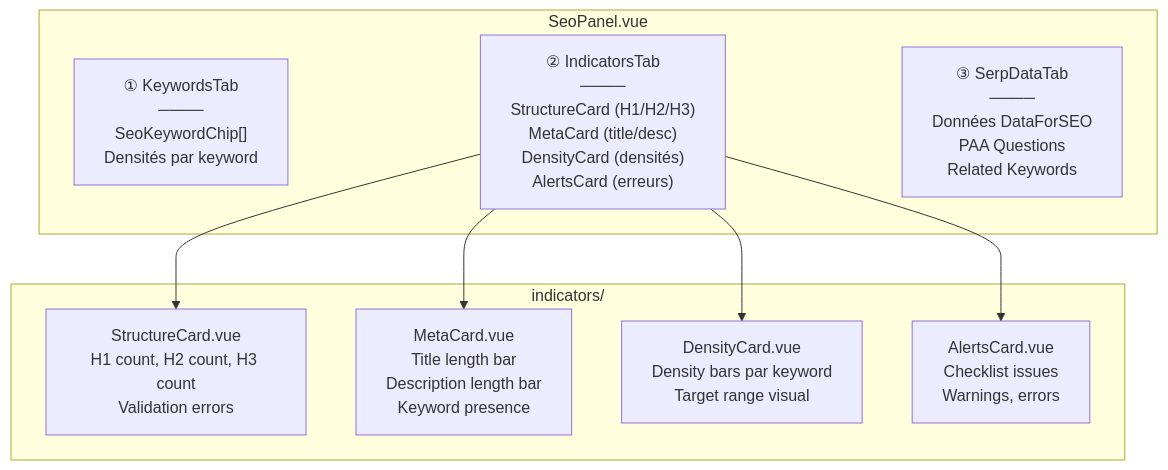
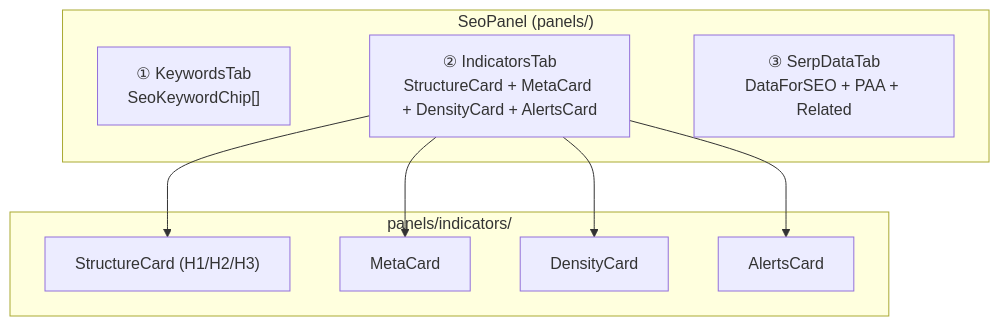
One commit to annubis-knight/Blog_Redactor_SEO changed diagram 17 of 24 in ARCHITECTURE_FLOWS.md. Above: the diagram before and after it, drawn with Mermaid. The commit also changed other lines of this file and 400 other files, not shown here.

````diff
--- a/ARCHITECTURE_FLOWS.md
+++ b/ARCHITECTURE_FLOWS.md
@@ -654,20 +734,20 @@
 ```mermaid
 graph TB
-    subgraph SeoPanel["SeoPanel.vue"]
-        TAB1["① KeywordsTab<br>────<br>SeoKeywordChip[]<br>Densités par keyword"]
-        TAB2["② IndicatorsTab<br>────<br>StructureCard (H1/H2/H3)<br>MetaCard (title/desc)<br>DensityCard (densités)<br>AlertsCard (erreurs)"]
-        TAB3["③ SerpDataTab<br>────<br>Données DataForSEO<br>PAA Questions<br>Related Keywords"]
+    subgraph SeoPanel["SeoPanel (panels/)"]
+        TAB1["① KeywordsTab<br>SeoKeywordChip[]"]
+        TAB2["② IndicatorsTab<br>StructureCard + MetaCard + DensityCard + AlertsCard"]
+        TAB3["③ SerpDataTab<br>DataForSEO + PAA + Related"]
     end
 
-    subgraph Indicators["indicators/"]
-        STRUCT["StructureCard.vue<br>H1 count, H2 count, H3 count<br>Validation errors"]
-        META_C["MetaCard.vue<br>Title length bar<br>Description length bar<br>Keyword presence"]
-        DENS_C["DensityCard.vue<br>Density bars par keyword<br>Target range visual"]
-        ALERT_C["AlertsCard.vue<br>Checklist issues<br>Warnings, errors"]
+    subgraph Indicators["panels/indicators/"]
+        STRUCT["StructureCard (H1/H2/H3)"]
+        META_C["MetaCard"]
+        DENS_C["DensityCard"]
+        ALERT_C["AlertsCard"]
     end
 
     TAB2 --> STRUCT
     TAB2 --> META_C
     TAB2 --> DENS_C
     TAB2 --> ALERT_C
 ```
````
